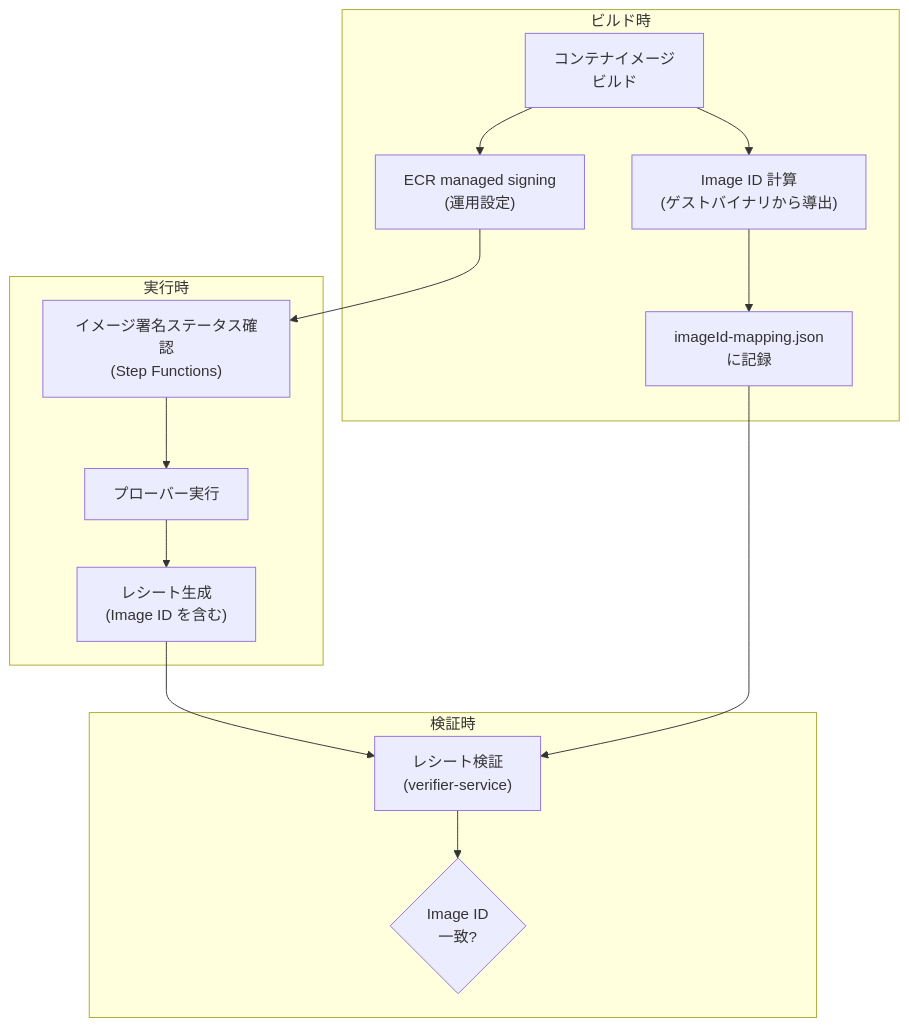
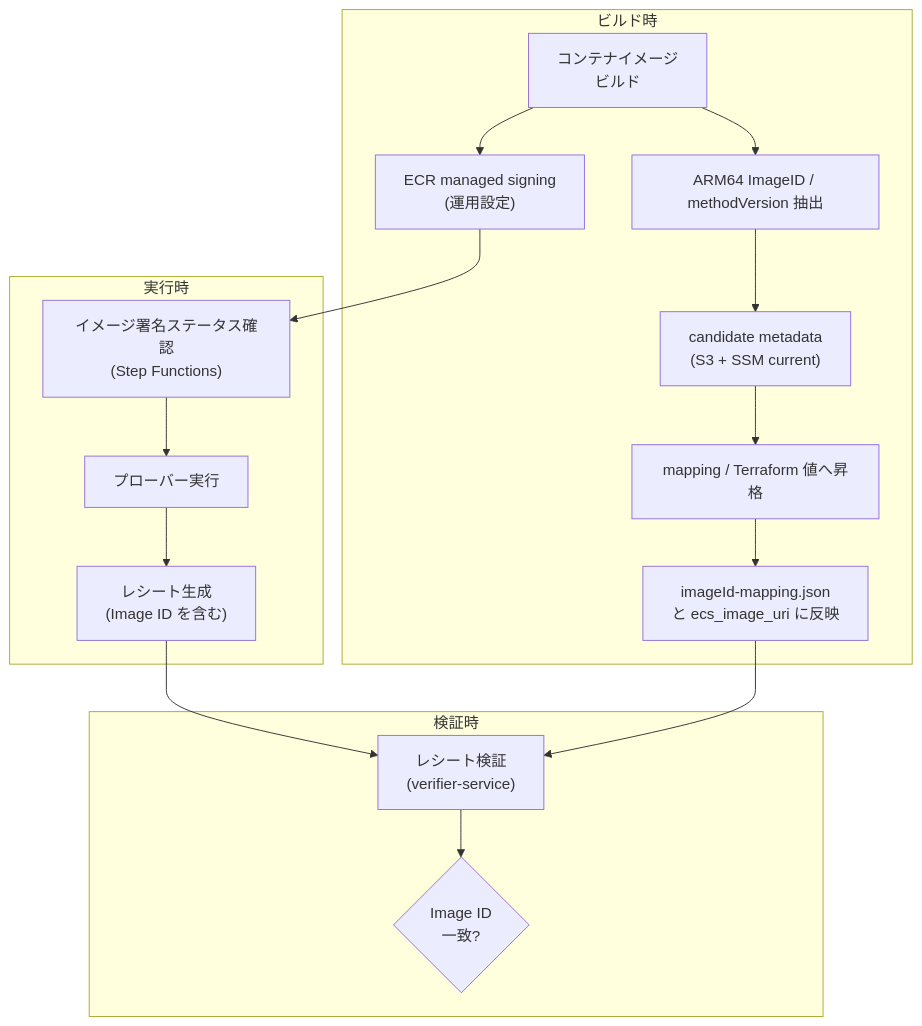
The third of 3 diagrams in public-book/src/aws/image-signing.md (hwatanabe-jp/stark-ballot-simulator-public), drawn with Mermaid before and after one commit. The commit also changed other lines of this file and 200 other files, not shown here.

````diff
--- a/public-book/src/aws/image-signing.md
+++ b/public-book/src/aws/image-signing.md
@@ -146,21 +135,23 @@
 ```mermaid
 flowchart TD
   subgraph "ビルド時"
     BUILD["コンテナイメージ<br/>ビルド"] --> SIGN["ECR managed signing<br/>(運用設定)"]
-    BUILD --> IMGID["Image ID 計算<br/>(ゲストバイナリから導出)"]
-    IMGID --> MAP["imageId-mapping.json<br/>に記録"]
+    BUILD --> IMGID["ARM64 ImageID / methodVersion 抽出"]
+    IMGID --> META["candidate metadata<br/>(S3 + SSM current)"]
+    META --> PROMOTE["mapping / Terraform 値へ昇格"]
+    PROMOTE --> MAP["imageId-mapping.json<br/>と ecs_image_uri に反映"]
   end
 
   subgraph "実行時"
     VERIFY_SIG["イメージ署名ステータス確認<br/>(Step Functions)"] --> RUN["プローバー実行"]
     RUN --> RECEIPT["レシート生成<br/>(Image ID を含む)"]
   end
 
   subgraph "検証時"
     RECEIPT --> VERIFY_RECEIPT["レシート検証<br/>(verifier-service)"]
     MAP --> VERIFY_RECEIPT
     VERIFY_RECEIPT --> MATCH{"Image ID<br/>一致?"}
   end
 
   SIGN --> VERIFY_SIG
 ```
````
